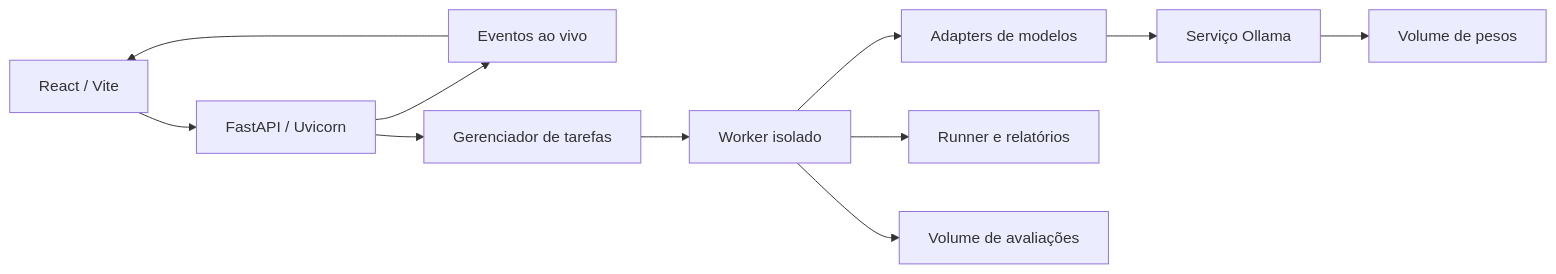
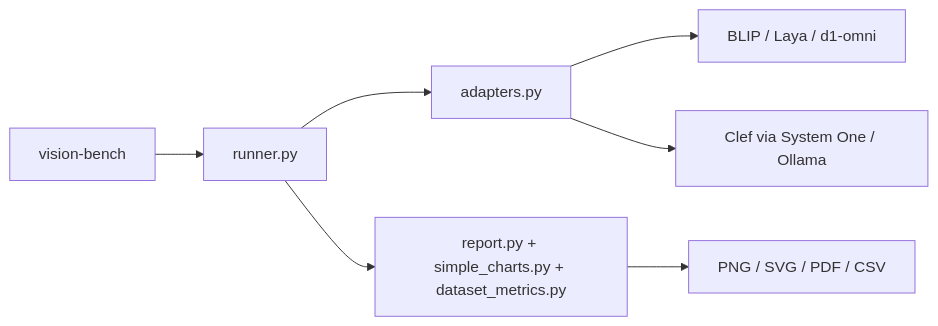
One commit to lowgue/SystemOneTesting changed the diagram in docs/PROJECT_STRUCTURE.md. Above: the diagram before and after it, drawn with Mermaid. The commit also changed other lines of this file and 60 other files, not shown here.

````diff
--- a/docs/PROJECT_STRUCTURE.md
+++ b/docs/PROJECT_STRUCTURE.md
@@ -3,13 +3,9 @@
 ```mermaid
 flowchart LR
-  React[React / Vite] --> REST[FastAPI / Uvicorn]
-  REST --> SSE[Eventos ao vivo]
-  SSE --> React
-  REST --> Jobs[Gerenciador de tarefas]
-  Jobs --> Worker[Worker isolado]
-  Worker --> Models[Adapters de modelos]
-  Models --> Ollama[Serviço Ollama]
-  Worker --> Runner[Runner e relatórios]
-  Worker --> Data[Volume de avaliações]
-  Ollama --> Weights[Volume de pesos]
+  CLI[vision-bench] --> Runner[runner.py]
+  Runner --> Adapters[adapters.py]
+  Adapters --> Local[BLIP / Laya / d1-omni]
+  Adapters --> HTTP[Clef via System One / Ollama]
+  Runner --> Report[report.py + simple_charts.py + dataset_metrics.py]
+  Report --> Graphs[PNG / SVG / PDF / CSV]
 ```
````
